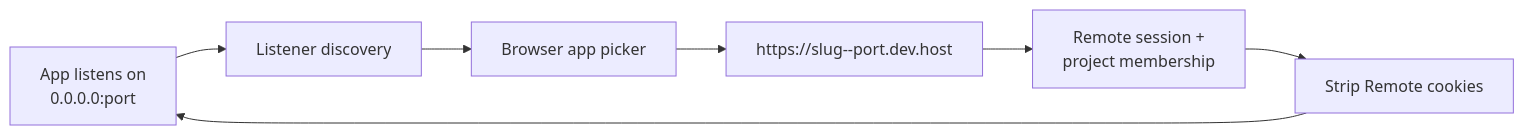
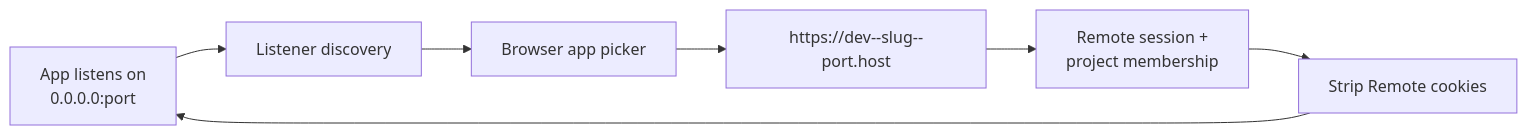
The diagram in docs/02-user-guide/06-previews-and-inspector.md (AbdallahMohamedDotnet/remote.futrx), drawn with Mermaid before and after one commit. The commit also changed 49 other files, not shown here.

````diff
--- a/docs/02-user-guide/06-previews-and-inspector.md
+++ b/docs/02-user-guide/06-previews-and-inspector.md
@@ -48,9 +48,9 @@
 ```mermaid
 flowchart LR
     App["App listens on<br/>0.0.0.0:port"] --> Scan["Listener discovery"]
     Scan --> Picker["Browser app picker"]
-    Picker --> HTTPS["https://slug--port.dev.host"]
+    Picker --> HTTPS["https://dev--slug--port.host"]
     HTTPS --> Auth["Remote session +<br/>project membership"]
     Auth --> Strip["Strip Remote cookies"]
     Strip --> App
 ```
````
